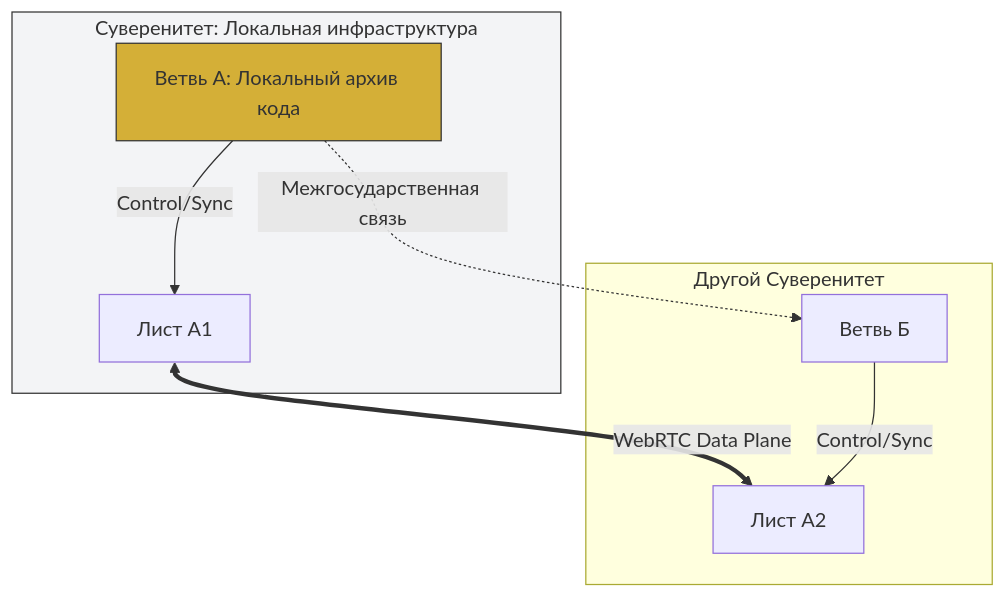
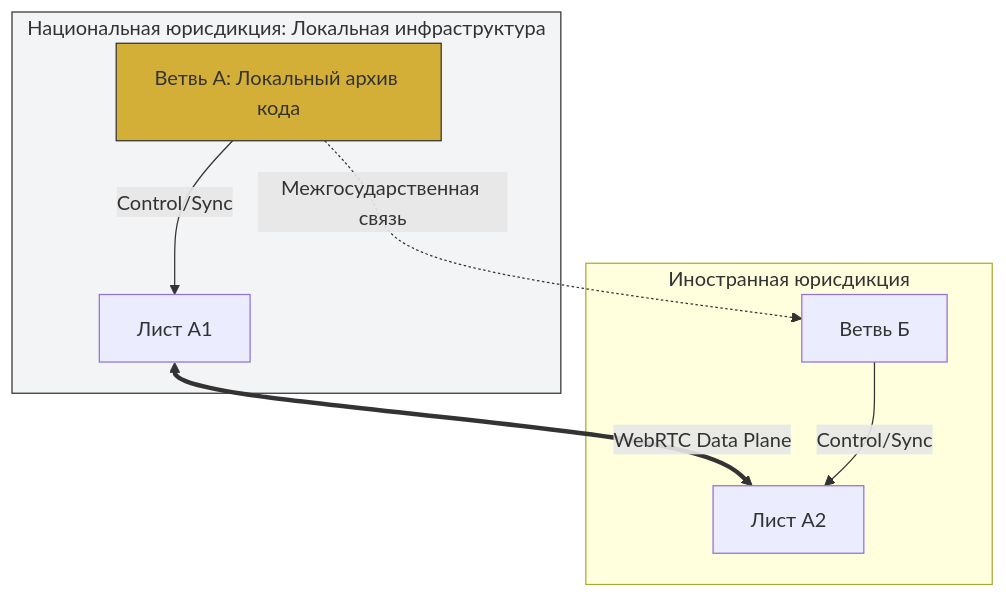
Diagram 38 of 51 in shared_docs/Технический документ платформы Турбаза.md (Data-Independence-Network/presentations), drawn with Mermaid before and after one commit. The commit also changed other lines of this file and 81 other files, not shown here.

````diff
--- a/shared_docs/Технический документ платформы Турбаза.md
+++ b/shared_docs/Технический документ платформы Турбаза.md
@@ -1043,21 +1043,21 @@
 ```mermaid
 graph TD
-    subgraph Local_Sovereignty [Суверенитет: Локальная инфраструктура]
+    subgraph Local_Sovereignty [Национальная юрисдикция: Локальная инфраструктура]
         BranchA[Ветвь А: Локальный архив кода]
         LeafA1[Лист А1]
     end
     
     BranchA -->|Control/Sync| LeafA1
     LeafA1 <==>|WebRTC Data Plane| LeafA2
     
-    subgraph Foreign_Sovereignty [Другой Суверенитет]
+    subgraph Foreign_Sovereignty [Иностранная юрисдикция]
         BranchB[Ветвь Б]
         BranchB -->|Control/Sync| LeafA2
         LeafA2[Лист А2]
     end
     
     BranchA -.->|Межгосударственная связь| BranchB
     
     style BranchA fill:#D4AF37,stroke:#333
     style Local_Sovereignty fill:#f3f4f6,stroke:#333
 ```
````
